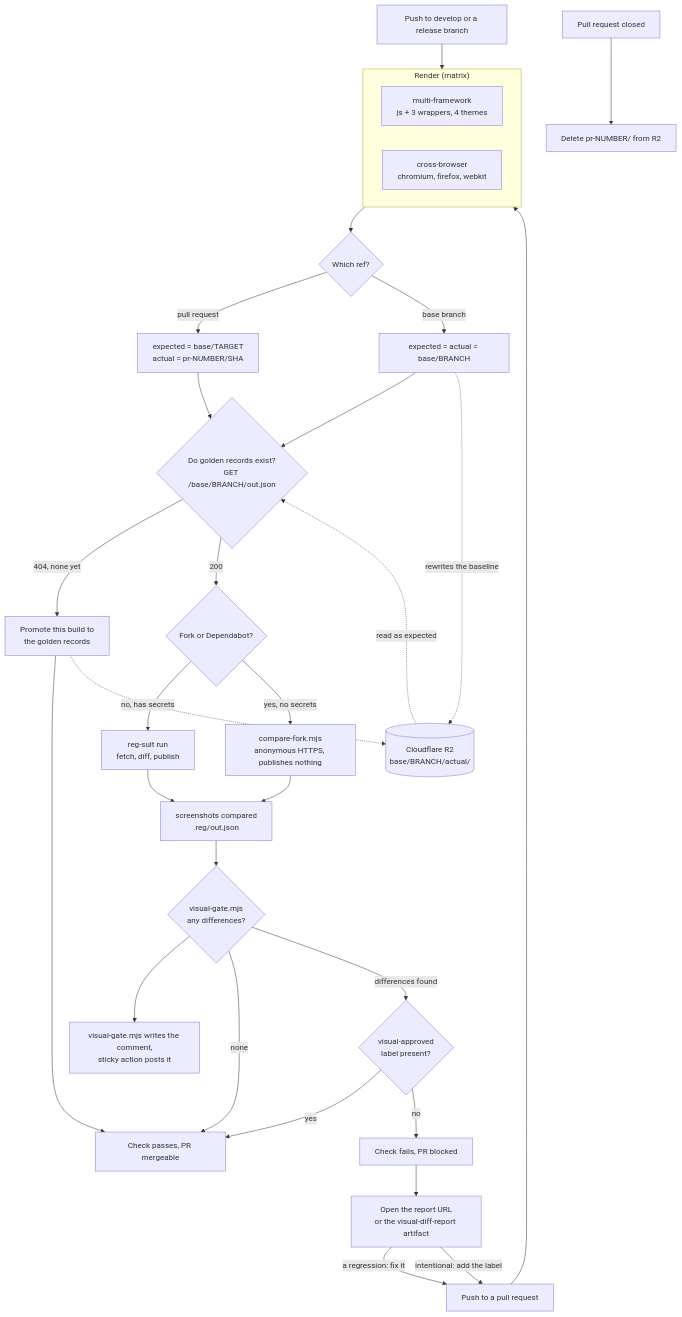
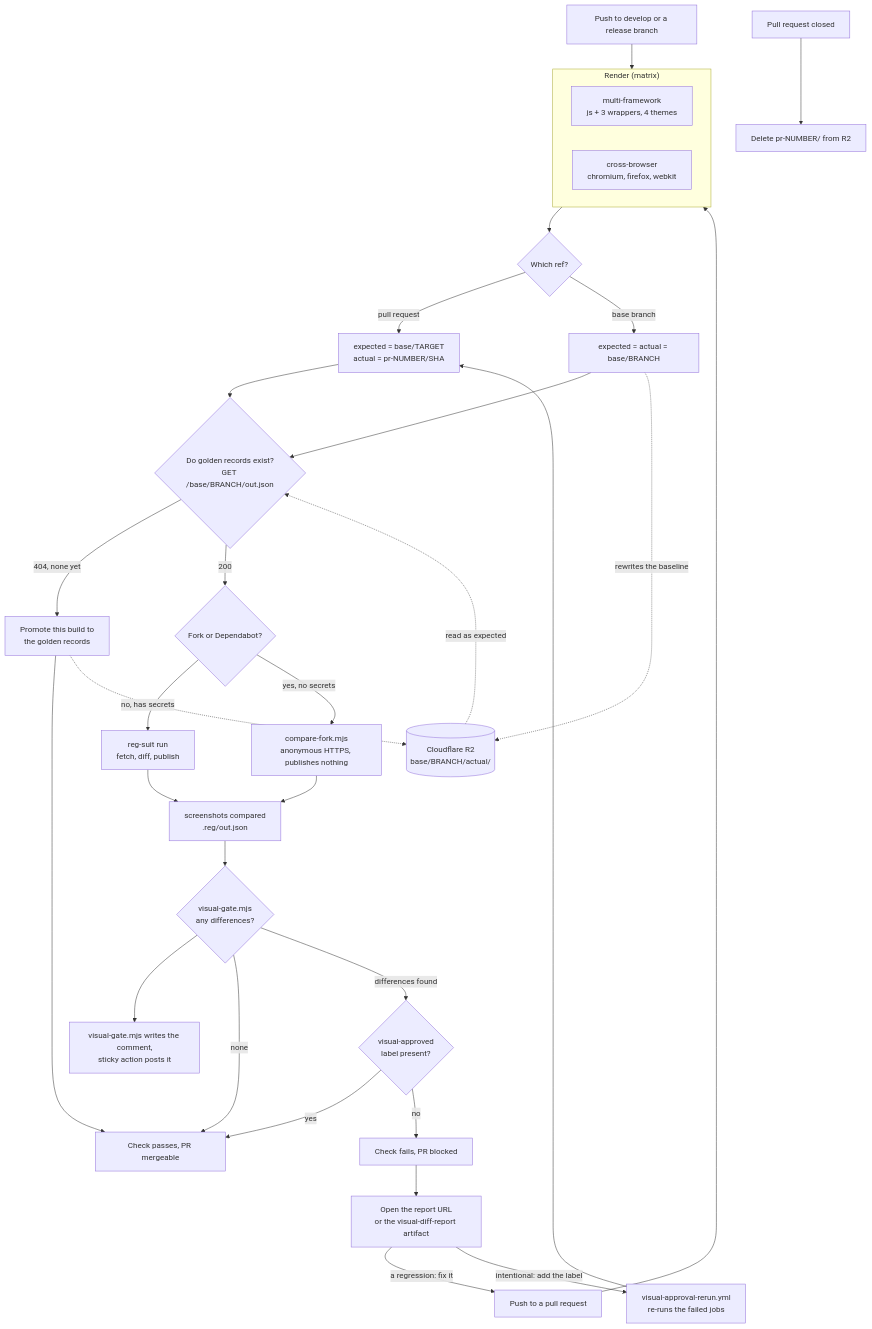
Before and after one commit to handsontable/handsontable: the diagram in visual-tests/README.md, drawn with Mermaid. The commit also changed other lines of this file and 9 other files, not shown here.

````diff
--- a/visual-tests/README.md
+++ b/visual-tests/README.md
@@ -66,45 +69,46 @@
 ```mermaid
 flowchart TD
     PR["Push to a pull request"] --> RENDER
     DEV["Push to develop or a release branch"] --> RENDER
 
     subgraph RENDER["Render (matrix)"]
         R1["multi-framework<br/>js + 3 wrappers, 4 themes"]
         R2["cross-browser<br/>chromium, firefox, webkit"]
     end
 
     RENDER --> KEYS{"Which ref?"}
     KEYS -->|"pull request"| KPR["expected = base/TARGET<br/>actual = pr-NUMBER/SHA"]
     KEYS -->|"base branch"| KBR["expected = actual = base/BRANCH"]
 
     KPR --> PROBE
     KBR --> PROBE
     PROBE{"Do golden records exist?<br/>GET /base/BRANCH/out.json"}
 
     PROBE -->|"404, none yet"| SEED["Promote this build to<br/>the golden records"]
     SEED --> PASS
 
     PROBE -->|"200"| WHO{"Fork or Dependabot?"}
     WHO -->|"no, has secrets"| SUIT["reg-suit run<br/>fetch, diff, publish"]
     WHO -->|"yes, no secrets"| FORK["compare-fork.mjs<br/>anonymous HTTPS, publishes nothing"]
 
     SUIT --> OUT["screenshots compared<br/>.reg/out.json"]
     FORK --> OUT
 
     OUT --> GATE{"visual-gate.mjs<br/>any differences?"}
     GATE --> COMMENT["visual-gate.mjs writes the comment,<br/>sticky action posts it"]
     GATE -->|"none"| PASS["Check passes, PR mergeable"]
     GATE -->|"differences found"| LABEL{"visual-approved<br/>label present?"}
     LABEL -->|"yes"| PASS
     LABEL -->|"no"| FAIL["Check fails, PR blocked"]
 
     FAIL --> REVIEW["Open the report URL<br/>or the visual-diff-report artifact"]
     REVIEW -->|"a regression: fix it"| PR
-    REVIEW -->|"intentional: add the label"| PR
+    REVIEW -->|"intentional: add the label"| RERUN["visual-approval-rerun.yml<br/>re-runs the failed jobs"]
+    RERUN --> KPR
 
     KBR -.->|"rewrites the baseline"| BUCKET[("Cloudflare R2<br/>base/BRANCH/actual/")]
     SEED -.-> BUCKET
     BUCKET -.->|"read as expected"| PROBE
 
     CLOSED["Pull request closed"] --> PURGE["Delete pr-NUMBER/ from R2"]
 ```
````
